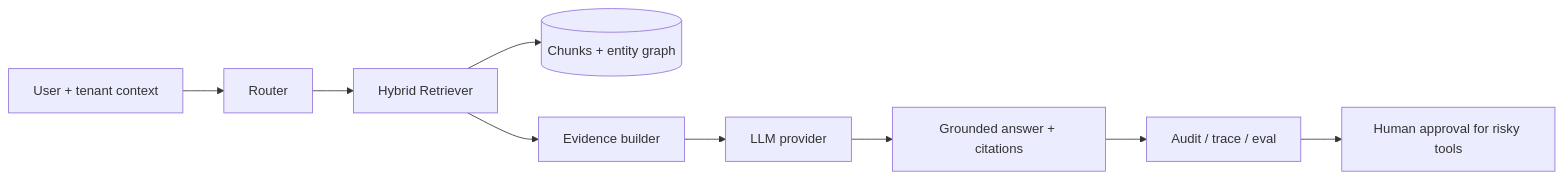
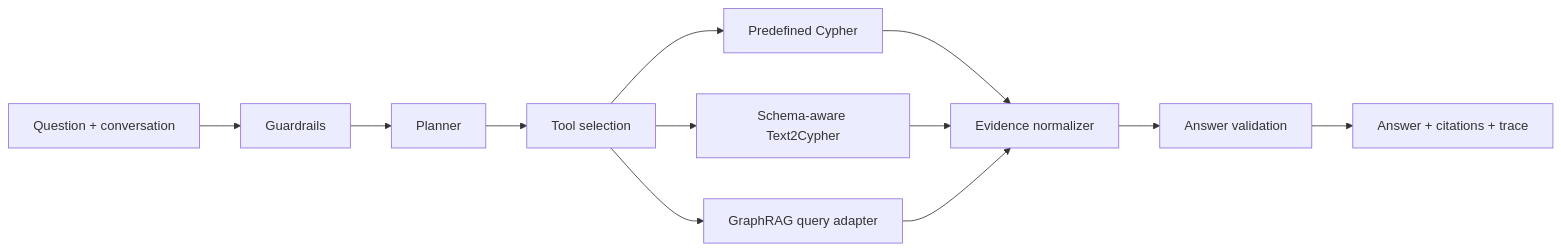
One commit to thecatcarryingakeyboard/EvidenceGraphAgent changed the diagram in docs/architecture.md. Above: the diagram before and after it, drawn with Mermaid. The commit also changed other lines of this file and 35 other files, not shown here.

Commit message:
feat: rebuild AssistGen for interview-ready GraphRAG demo

````diff
--- a/docs/architecture.md
+++ b/docs/architecture.md
@@ -3,11 +5,14 @@
 ```mermaid
 flowchart LR
-  A[User + tenant context] --> B[Router]
-  B --> C[Hybrid Retriever]
-  C --> D[(Chunks + entity graph)]
-  C --> E[Evidence builder]
-  E --> F[LLM provider]
-  F --> G[Grounded answer + citations]
-  G --> H[Audit / trace / eval]
-  H --> I[Human approval for risky tools]
+  Q[Question + conversation] --> G[Guardrails]
+  G --> P[Planner]
+  P --> S[Tool selection]
+  S --> C[Predefined Cypher]
+  S --> T[Schema-aware Text2Cypher]
+  S --> R[GraphRAG query adapter]
+  C --> M[Evidence normalizer]
+  T --> M
+  R --> M
+  M --> V[Answer validation]
+  V --> A[Answer + citations + trace]
 ```
````
